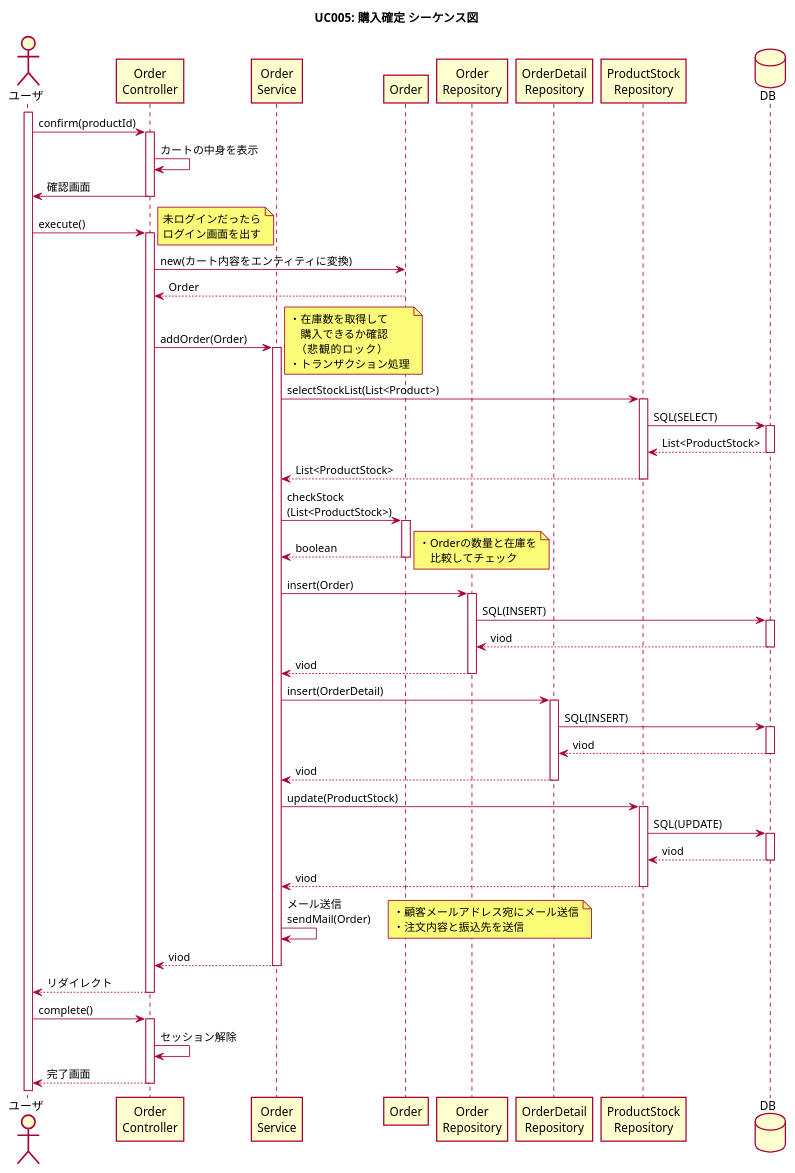
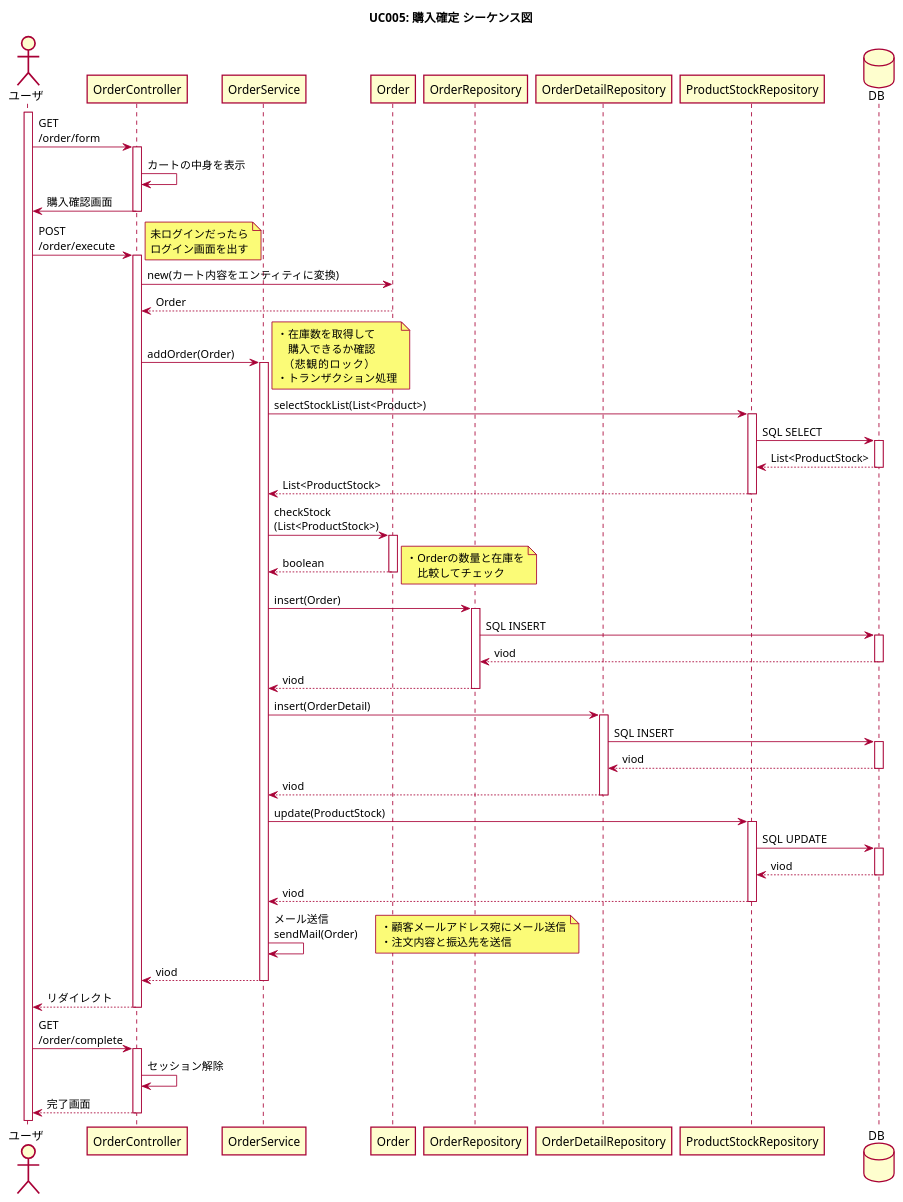
Before and after one commit to imagepit/fullness-ec: the diagram in plan/diagram/sequence/uc005_order.puml, drawn with PlantUML. The commit also changed 30 other files, not shown here.

```diff
--- a/plan/diagram/sequence/uc005_order.puml
+++ b/plan/diagram/sequence/uc005_order.puml
@@ -1,69 +1,68 @@
 @startuml
 skin rose
 title UC005: 購入確定 シーケンス図
 skinparam shadowing false
 actor "ユーザ" as user
 activate user
-participant "Order\nController" as ctrl
-participant "Order\nService" as svc
+participant "OrderController" as ctrl
+participant "OrderService" as svc
 participant "Order" as od
-participant "Order\nRepository" as repo1
-participant "OrderDetail\nRepository" as repo2
-' participant "OrderStatus\nRepository" as repo3
-participant "ProductStock\nRepository" as repo4
+participant "OrderRepository" as repo1
+participant "OrderDetailRepository" as repo2
+participant "ProductStockRepository" as repo4
 database DB as db
 
 ' 確認画面
-user -> ctrl ++ : confirm(productId)
+user -> ctrl ++ : GET\n/order/form
 ctrl -> ctrl : カートの中身を表示
-ctrl -> user -- : 確認画面
+ctrl -> user -- : 購入確認画面
 
 ' 完了画面
-user -> ctrl ++ : execute()
+user -> ctrl ++ : POST\n/order/execute
 note right
     未ログインだったら
     ログイン画面を出す
 end note
 ctrl -> od : new(カート内容をエンティティに変換)
 ctrl <-- od : Order
 ctrl -> svc ++ : addOrder(Order)
 note right
     ・在庫数を取得して
     　購入できるか確認
     　（悲観的ロック）
     ・トランザクション処理
 end note
 svc -> repo4 ++ : selectStockList(List<Product>)
-repo4 -> db ++ : SQL(SELECT)
+repo4 -> db ++ : SQL SELECT
 repo4 <-- db -- : List<ProductStock>
 svc <-- repo4 -- : List<ProductStock>
 svc -> od ++ : checkStock\n(List<ProductStock>)
 svc <-- od -- : boolean
 note right
     ・Orderの数量と在庫を
     　比較してチェック
 end note
 svc -> repo1 ++ : insert(Order)
-repo1 -> db ++ : SQL(INSERT)
+repo1 -> db ++ : SQL INSERT
 repo1 <-- db -- : viod
 svc <-- repo1 -- : viod
 svc -> repo2 ++ : insert(OrderDetail)
-repo2 -> db ++ : SQL(INSERT)
+repo2 -> db ++ : SQL INSERT
 repo2 <-- db -- : viod
 svc <-- repo2 -- : viod
 svc -> repo4 ++ : update(ProductStock)
-repo4 -> db ++ : SQL(UPDATE)
+repo4 -> db ++ : SQL UPDATE
 repo4 <-- db -- : viod
 svc <-- repo4 -- : viod 
 svc -> svc : メール送信\nsendMail(Order)
 note right
     ・顧客メールアドレス宛にメール送信
     ・注文内容と振込先を送信
 end note
 ctrl <-- svc -- : viod
 user <-- ctrl -- : リダイレクト
-user -> ctrl ++ : complete()
+user -> ctrl ++ : GET\n/order/complete
 ctrl -> ctrl : セッション解除
 ctrl --> user -- : 完了画面
 
 @enduml
```
